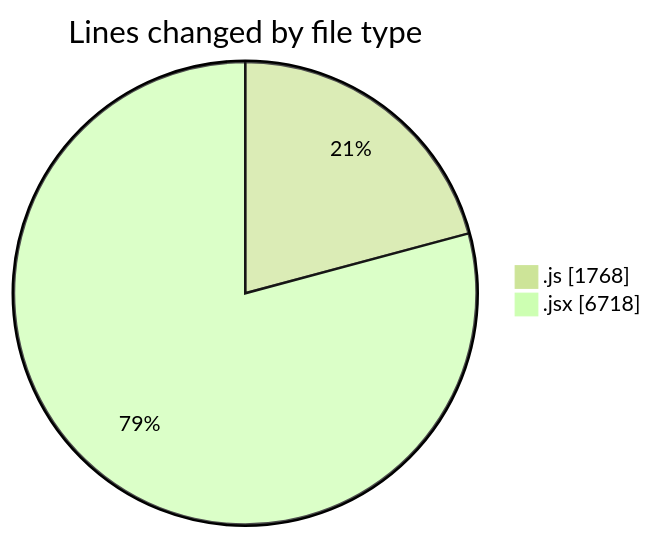
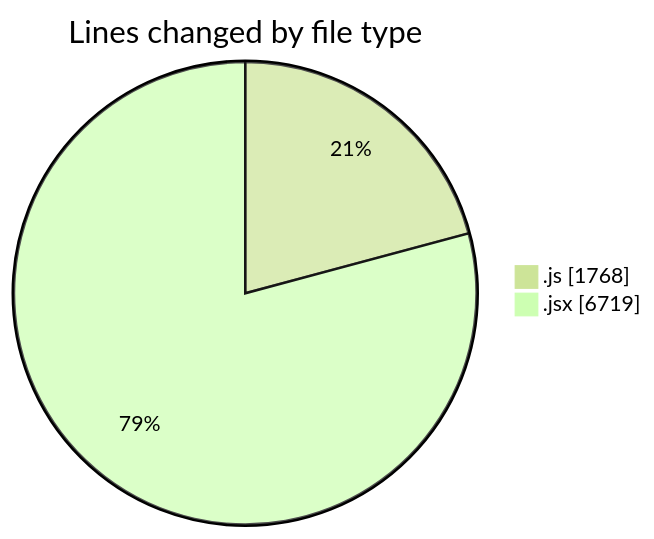
One commit to nxtqubesakshisongat/code-tracking changed the first of 2 diagrams in 2025-08-05/nxtqube_webapp/README.md. Above: the diagram before and after it, drawn with Mermaid (forest theme). The commit also changed other lines of this file and 1 other file, not shown here.

````diff
--- a/2025-08-05/nxtqube_webapp/README.md
+++ b/2025-08-05/nxtqube_webapp/README.md
@@ -39,6 +39,6 @@
 ```mermaid
 pie showData
 title Lines changed by file type
 ".js" : 1768
-".jsx" : 6718
+".jsx" : 6719
 ```
````
